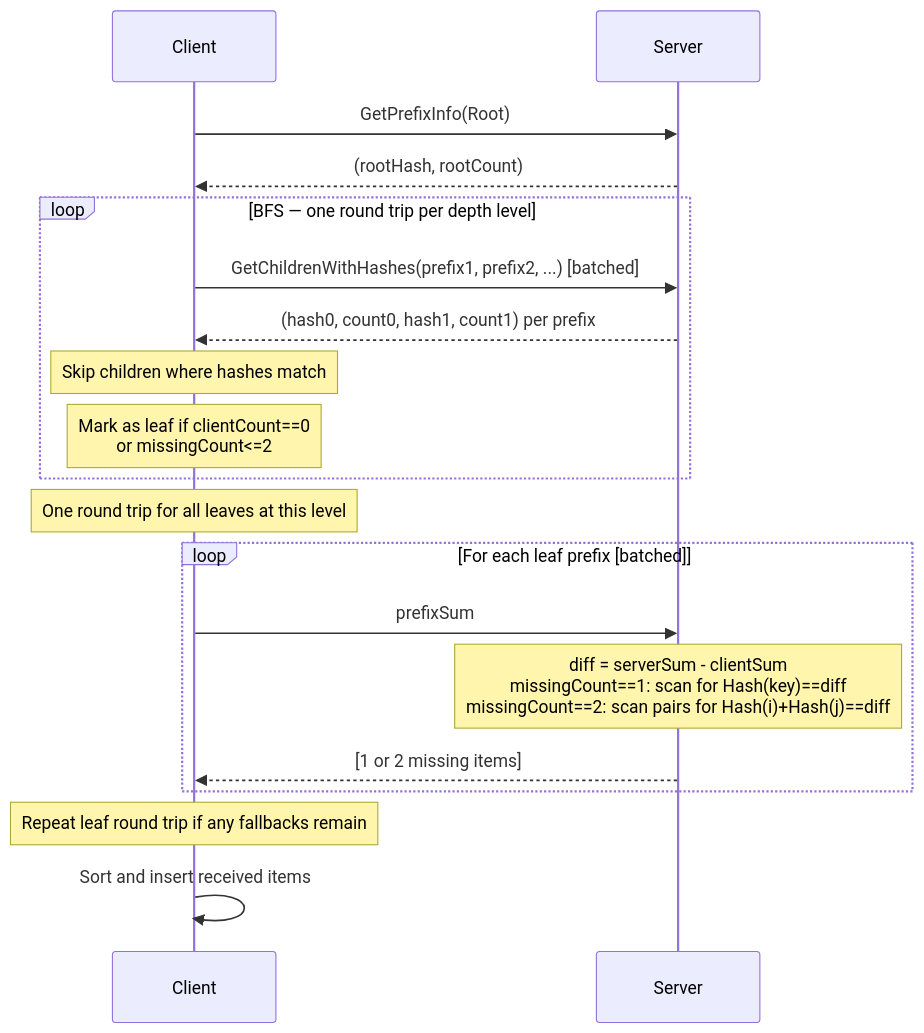
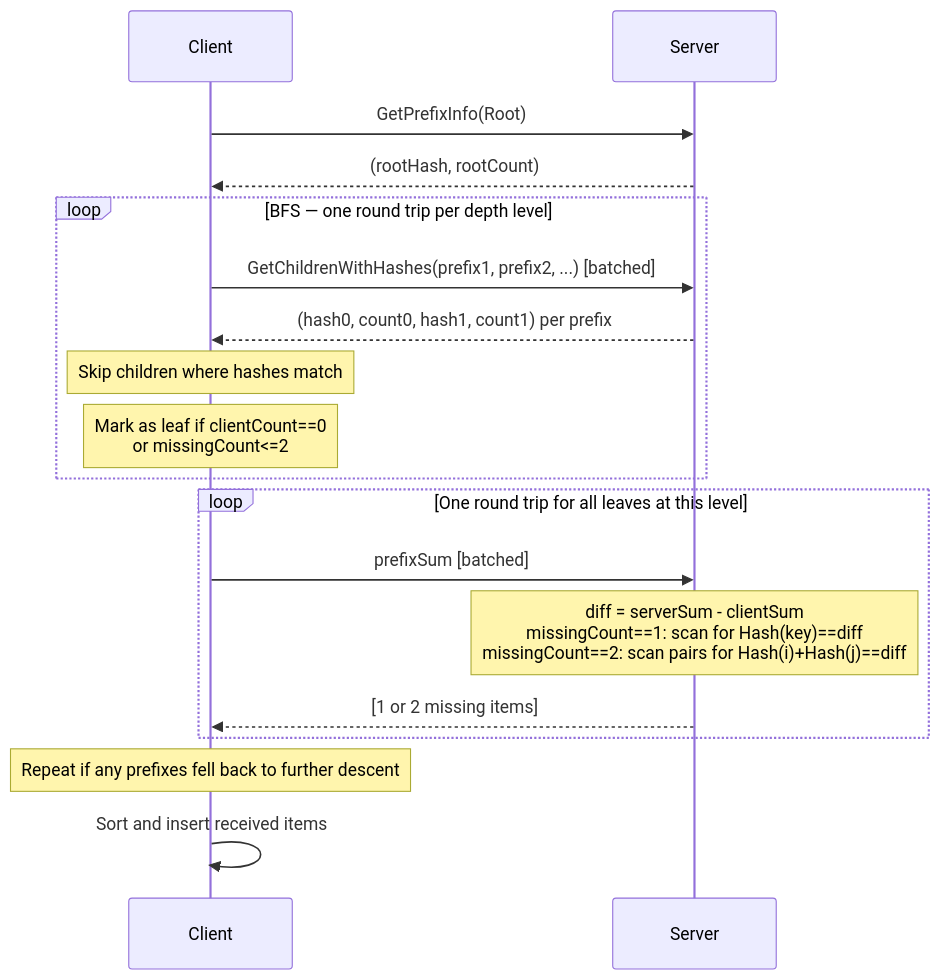
Before and after one commit to arj03/setsum-cs: the third of 6 diagrams in SetSum/Sync/README.md, drawn with Mermaid. The commit also changed other lines of this file and 3 other files, not shown here.

````diff
--- a/SetSum/Sync/README.md
+++ b/SetSum/Sync/README.md
@@ -112,25 +91,24 @@
 ```mermaid
 sequenceDiagram
     participant C as Client
     participant S as Server
 
     C->>S: GetPrefixInfo(Root)
     S-->>C: (rootHash, rootCount)
 
     loop BFS — one round trip per depth level
         C->>S: GetChildrenWithHashes(prefix1, prefix2, ...) [batched]
         S-->>C: (hash0, count0, hash1, count1) per prefix
         Note over C: Skip children where hashes match
         Note over C: Mark as leaf if clientCount==0<br/>or missingCount<=2
     end
 
-    Note over C: One round trip for all leaves at this level
-    loop For each leaf prefix [batched]
-        C->>S: prefixSum
+    loop One round trip for all leaves at this level
+        C->>S: prefixSum [batched]
         Note over S: diff = serverSum - clientSum<br/>missingCount==1: scan for Hash(key)==diff<br/>missingCount==2: scan pairs for Hash(i)+Hash(j)==diff
         S-->>C: [1 or 2 missing items]
     end
 
-    Note over C: Repeat leaf round trip if any fallbacks remain
+    Note over C: Repeat if any prefixes fell back to further descent
     C->>C: Sort and insert received items
 ```
````
